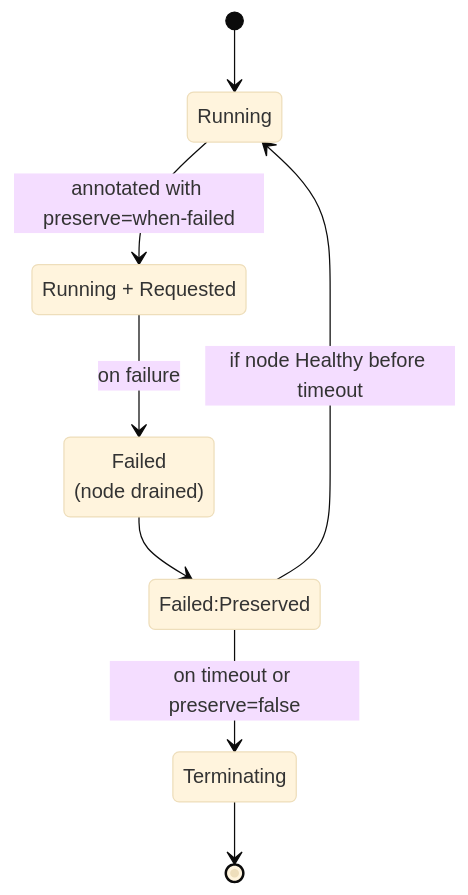
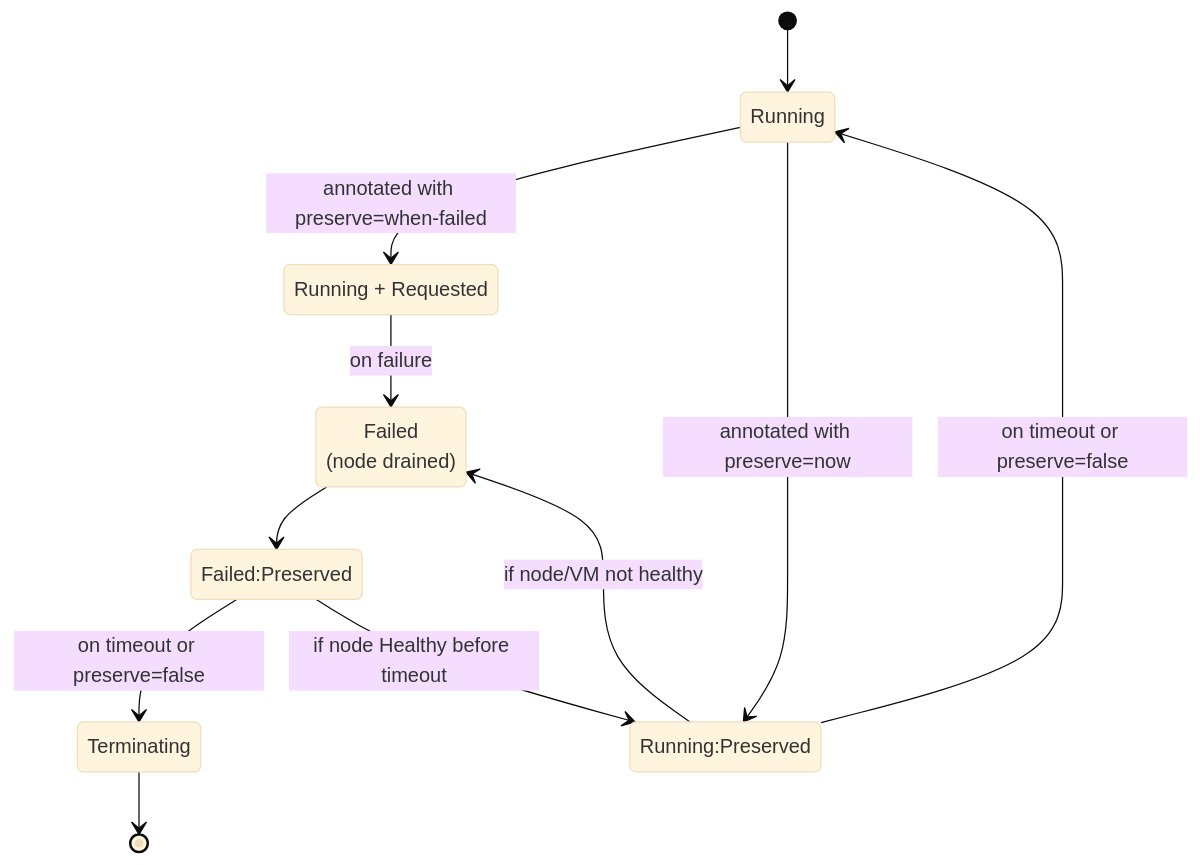
Before and after one commit to gardener/machine-controller-manager: the first of 2 diagrams in docs/proposals/machine-preservation.md, drawn with Mermaid (base theme). The commit also changed other lines of this file, not shown here.

Commit message:
Add transition from Failed:Preserved to Running:Preserved.

````diff
--- a/docs/proposals/machine-preservation.md
+++ b/docs/proposals/machine-preservation.md
@@ -80,16 +73,20 @@
-```mermaid
-stateDiagram-v2
-    state "Running" as R
-    state "Running + Requested" as RR
-    state "Failed
-    (node drained)" as F
-    state "Failed:Preserved" as P
-    state "Terminating" as T
-    [*]-->R
-    R --> RR: annotated with preserve=when-failed
-    RR --> F: on failure
-    F --> P
-    P --> T: on timeout or preserve=false
-    P --> R: if node Healthy before timeout
-    T --> [*]
-```
+    ```mermaid
+    stateDiagram-v2
+        state "Running" as R
+        state "Running + Requested" as RR
+        state "Running:Preserved" as RP
+        state "Failed
+        (node drained)" as F
+        state "Failed:Preserved" as FP
+        state "Terminating" as T
+        [*]-->R
+        R --> RR: annotated with preserve=when-failed
+        RP-->R: on timeout or preserve=false
+        RR --> F: on failure
+        F --> FP
+        FP --> T: on timeout or preserve=false
+        FP --> RP: if node Healthy before timeout
+        T --> [*]
+        R-->RP: annotated with preserve=now
+        RP-->F: if node/VM not healthy
+    ```
````
